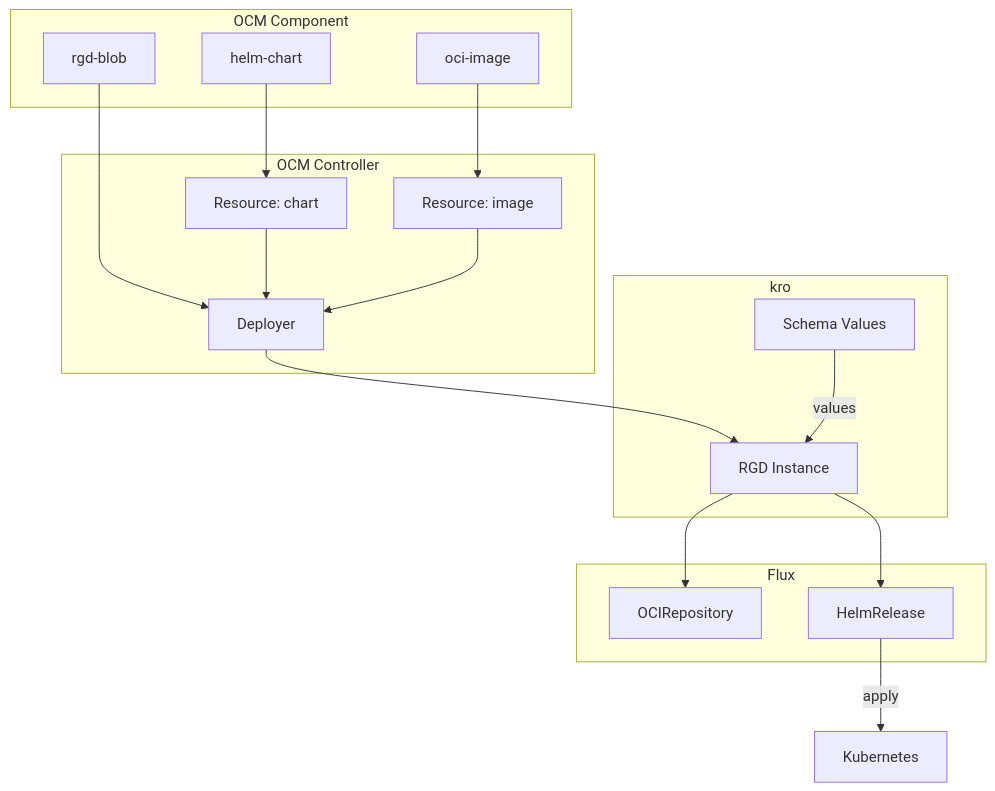
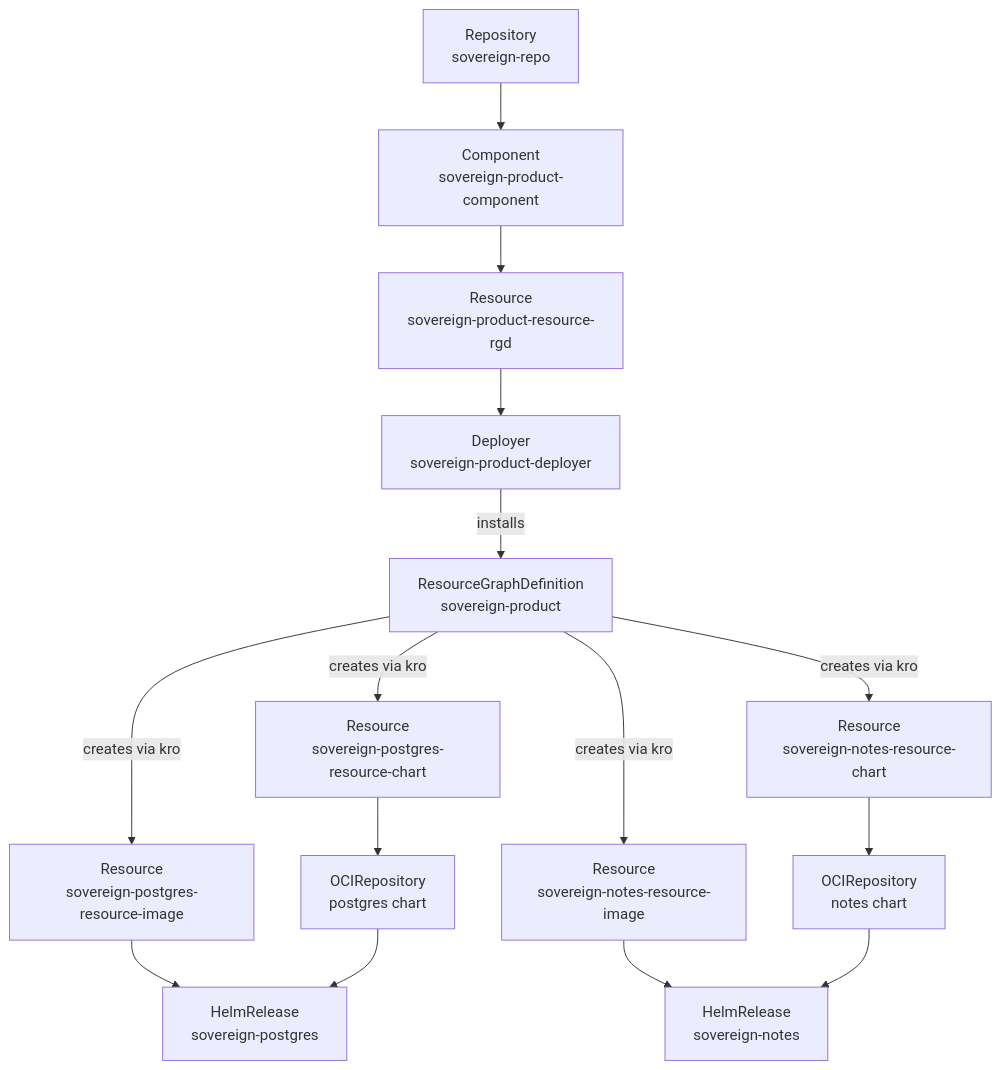
Before and after one commit to open-component-model/open-component-model: the second of 4 diagrams in docs/adr/0013_sovereign_cloud_reference_scenario.md, drawn with Mermaid. The commit also changed other lines of this file and 8 other files, not shown here.

````diff
--- a/docs/adr/0013_sovereign_cloud_reference_scenario.md
+++ b/docs/adr/0013_sovereign_cloud_reference_scenario.md
@@ -963,35 +140,20 @@
 ```mermaid
-flowchart TB
-    subgraph component[OCM Component]
-        chart[helm-chart]
-        image[oci-image]
-        rgd[rgd-blob]
-    end
+flowchart TD
+    REPO[Repository<br/>sovereign-repo] --> COMP[Component<br/>sovereign-product-component]
+    COMP --> RGD_RES[Resource<br/>sovereign-product-resource-rgd]
+    RGD_RES --> DEPLOYER[Deployer<br/>sovereign-product-deployer]
+    DEPLOYER -->|installs| RGD[ResourceGraphDefinition<br/>sovereign-product]
 
-    subgraph controller[OCM Controller]
-        res_chart[Resource: chart]
-        res_image[Resource: image]
-        deployer[Deployer]
-    end
+    RGD -->|creates via kro| PG_CHART_RES[Resource<br/>sovereign-postgres-resource-chart]
+    RGD -->|creates via kro| PG_IMG_RES[Resource<br/>sovereign-postgres-resource-image]
+    RGD -->|creates via kro| NOTES_CHART_RES[Resource<br/>sovereign-notes-resource-chart]
+    RGD -->|creates via kro| NOTES_IMG_RES[Resource<br/>sovereign-notes-resource-image]
 
-    subgraph kro[kro]
-        rgd_inst[RGD Instance]
-        schema[Schema Values]
-    end
+    PG_CHART_RES --> PG_OCI[OCIRepository<br/>postgres chart]
+    PG_IMG_RES --> PG_HR[HelmRelease<br/>sovereign-postgres]
+    PG_OCI --> PG_HR
 
-    subgraph flux[Flux]
-        oci_repo[OCIRepository]
-        helm_rel[HelmRelease]
-    end
-
-    chart --> res_chart
-    image --> res_image
-    rgd --> deployer
-    res_chart --> deployer
-    res_image --> deployer
-    deployer --> rgd_inst
-    schema -->|values| rgd_inst
-    rgd_inst --> oci_repo
-    rgd_inst --> helm_rel
-    helm_rel -->|apply| k8s[Kubernetes]
+    NOTES_CHART_RES --> NOTES_OCI[OCIRepository<br/>notes chart]
+    NOTES_IMG_RES --> NOTES_HR[HelmRelease<br/>sovereign-notes]
+    NOTES_OCI --> NOTES_HR
 ```
````
